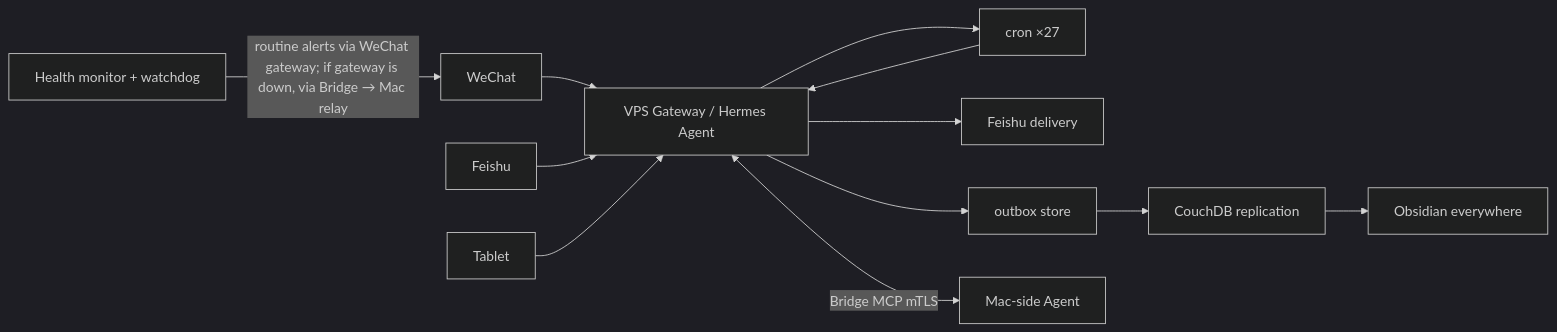
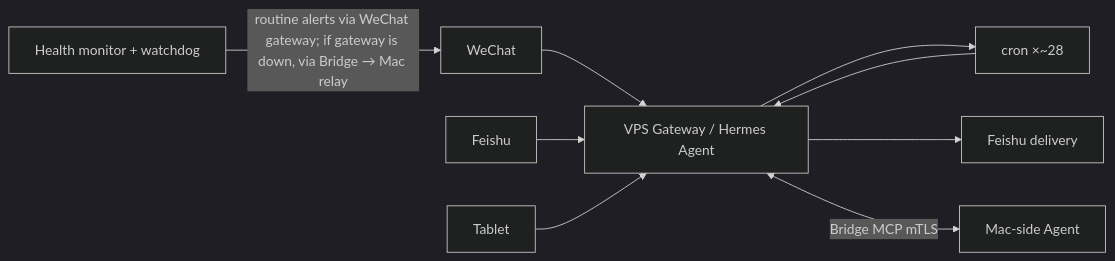
One commit to wangq32801-dev/assistant-os changed the diagram in README.md. Above: the diagram before and after it, drawn with Mermaid (dark theme). The commit also changed other lines of this file and 2 other files, not shown here.

Commit message:
docs: 对齐现状——cron 数改为量级(约28在跑/约50注册)、架构图移除已退役的 outbox/CouchDB/Obsidian 链路、AI 日报落点改飞书、模型分流一节按现行路由重写(定时任务钉低价档, 交互通道钉强档)

````diff
--- a/README.md
+++ b/README.md
@@ -31,12 +31,11 @@
 ```mermaid
 flowchart LR
     WX[WeChat] --> GW
     FS[Feishu] --> GW
     PAD[Tablet] --> GW
-    GW[VPS Gateway / Hermes Agent] --> CRON[cron ×27]
+    GW[VPS Gateway / Hermes Agent] --> CRON[cron ×~28]
     GW --> FSOUT[Feishu delivery]
-    GW --> OBS[outbox store] --> COUCH[CouchDB replication] --> OBSEND[Obsidian everywhere]
     CRON --> GW
     GW <-->|Bridge MCP mTLS| MAC[Mac-side Agent]
     MON[Health monitor + watchdog] -->|routine alerts via WeChat gateway; if gateway is down, via Bridge → Mac relay| WX
 ```
````
